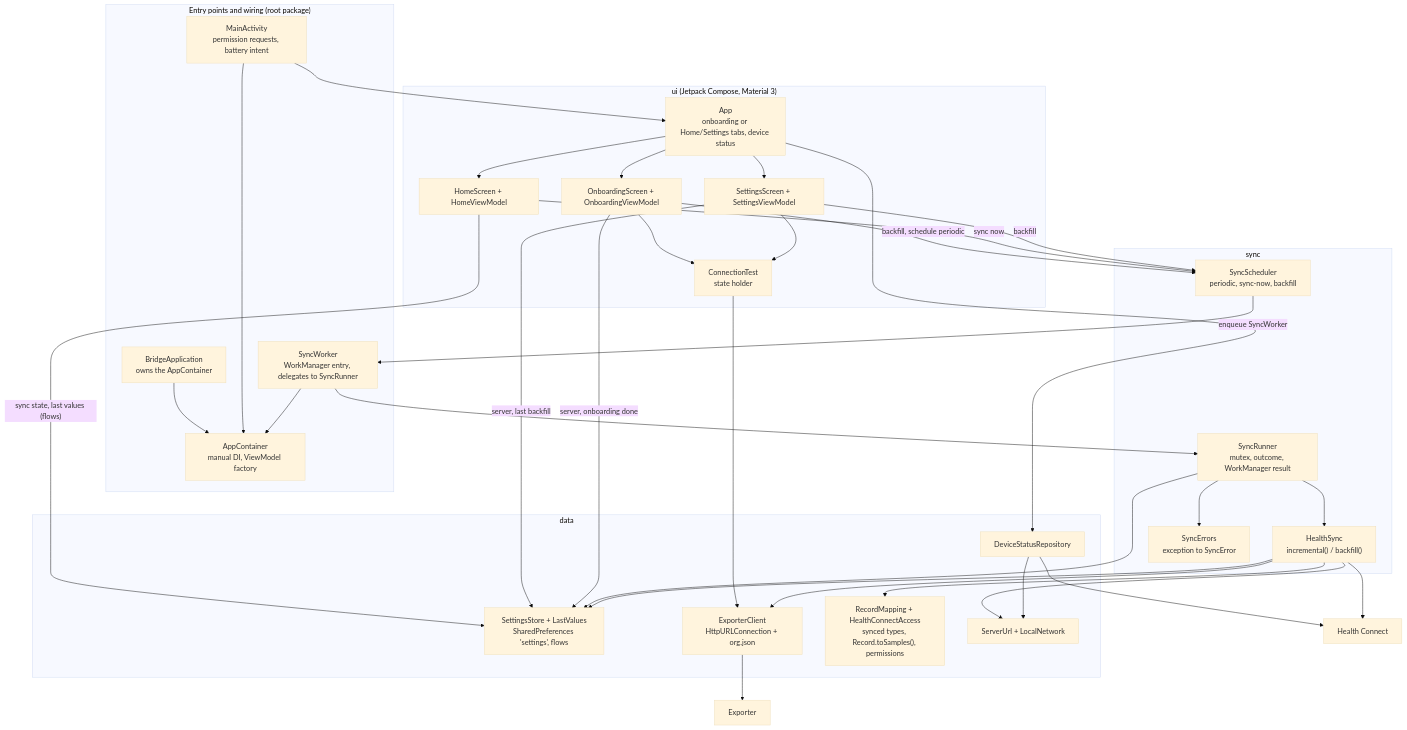
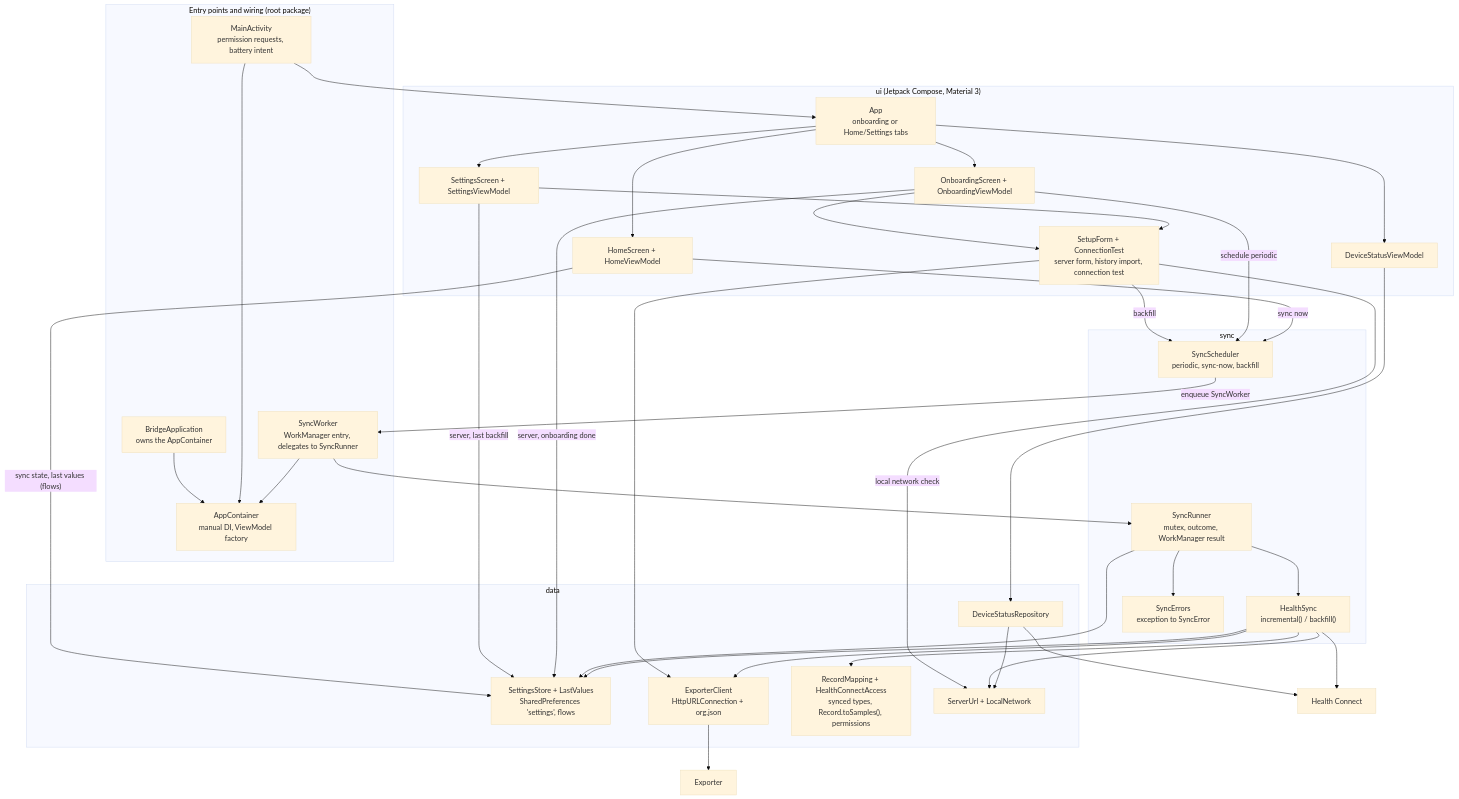
Before and after one commit to MateuxLucax/health-connect-bridge: the second of 5 diagrams in docs/architecture.md, drawn with Mermaid (base theme). The commit also changed other lines of this file and 17 other files, not shown here.

First line of the commit message:
Share the server form, keep the test across rotation, load status in a ViewModel

````diff
--- a/docs/architecture.md
+++ b/docs/architecture.md
@@ -30,62 +30,65 @@
 ```mermaid
 flowchart TB
     subgraph entry["Entry points and wiring (root package)"]
         main["MainActivity<br/>permission requests, battery intent"]
         appl["BridgeApplication<br/>owns the AppContainer"]
         cont["AppContainer<br/>manual DI, ViewModel factory"]
         wk["SyncWorker<br/>WorkManager entry, delegates to SyncRunner"]
     end
     subgraph ui["ui (Jetpack Compose, Material 3)"]
-        appc["App<br/>onboarding or Home/Settings tabs, device status"]
+        appc["App<br/>onboarding or Home/Settings tabs"]
+        dsvm["DeviceStatusViewModel"]
         onb["OnboardingScreen + OnboardingViewModel"]
         home["HomeScreen + HomeViewModel"]
         set["SettingsScreen + SettingsViewModel"]
-        ct["ConnectionTest<br/>state holder"]
+        ct["SetupForm + ConnectionTest<br/>server form, history import, connection test"]
     end
     subgraph sync["sync"]
         sch["SyncScheduler<br/>periodic, sync-now, backfill"]
         run["SyncRunner<br/>mutex, outcome, WorkManager result"]
         hs["HealthSync<br/>incremental() / backfill()"]
         err["SyncErrors<br/>exception to SyncError"]
     end
     subgraph data["data"]
         st["SettingsStore + LastValues<br/>SharedPreferences 'settings', flows"]
         exc["ExporterClient<br/>HttpURLConnection + org.json"]
         rm["RecordMapping + HealthConnectAccess<br/>synced types, Record.toSamples(), permissions"]
         net["ServerUrl + LocalNetwork"]
         dsr["DeviceStatusRepository"]
     end
     hc["Health Connect"]
     exp["Exporter"]
 
     appl --> cont
     main --> appc
     main --> cont
     wk --> cont
     wk --> run
     appc --> onb
     appc --> home
     appc --> set
-    appc --> dsr
+    appc --> dsvm
+    dsvm --> dsr
     onb --> ct
     set --> ct
     ct --> exc
-    onb -->|"backfill, schedule periodic"| sch
+    ct -->|local network check| net
+    ct -->|backfill| sch
+    onb -->|schedule periodic| sch
     home -->|sync now| sch
-    set -->|backfill| sch
     home -->|"sync state, last values (flows)"| st
     set -->|"server, last backfill"| st
     onb -->|server, onboarding done| st
     sch -->|enqueue SyncWorker| wk
     run --> hs
     run --> err
     run --> st
     hs --> rm
     hs --> exc
     hs --> st
     hs --> net
     hs --> hc
     dsr --> hc
     dsr --> net
     exc --> exp
 ```
````
